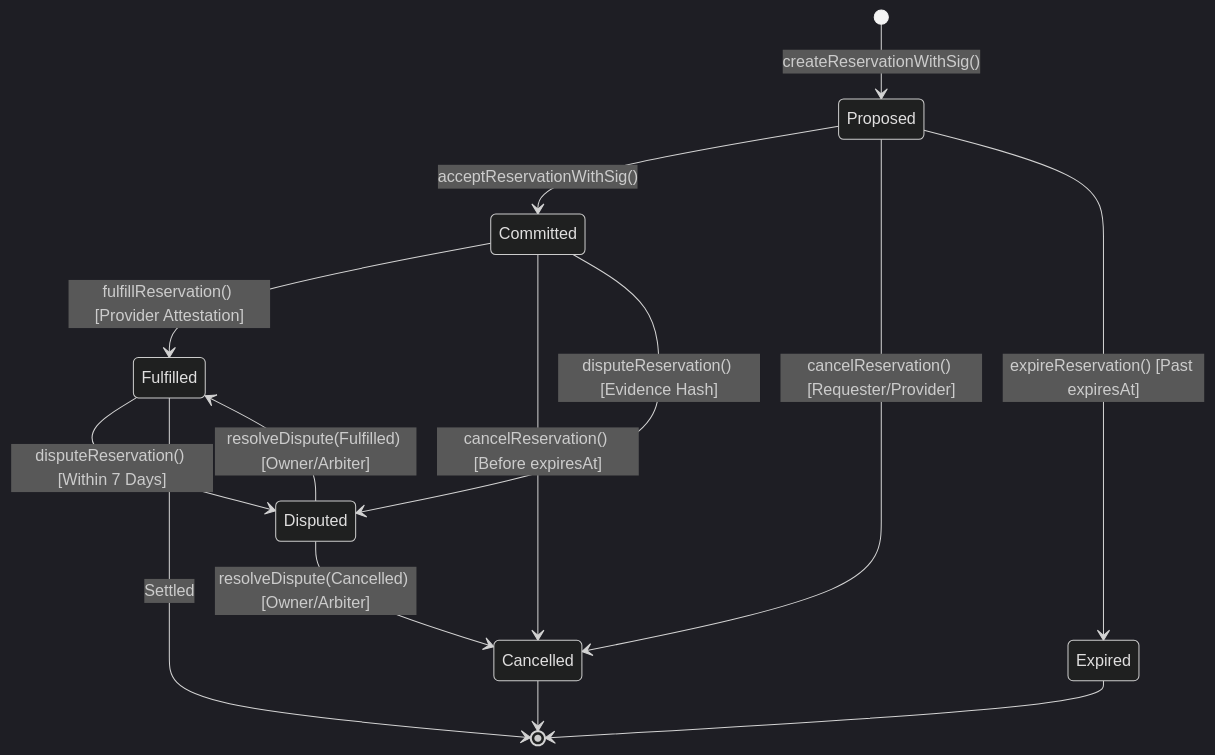
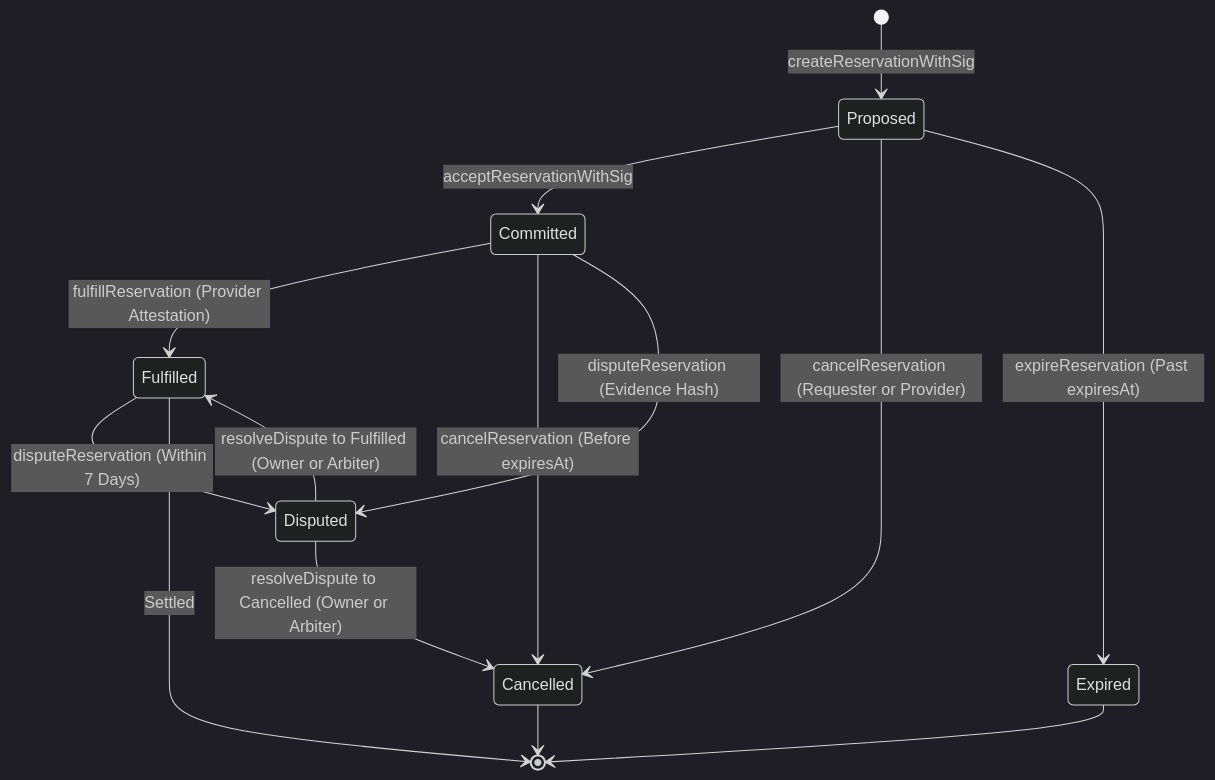
The third of 3 diagrams in README.md (omkar0075/blockchain), drawn with Mermaid (dark theme) before and after one commit. The commit also changed other lines of this file, not shown here.

Commit message:
fix(docs): quote edge labels and sanitize syntax in Mermaid diagrams for GitHub rendering

````diff
--- a/README.md
+++ b/README.md
@@ -202,20 +202,20 @@
 ```mermaid
 stateDiagram-v2
-    [*] --> Proposed: createReservationWithSig()
-    Proposed --> Committed: acceptReservationWithSig()
-    Proposed --> Cancelled: cancelReservation() [Requester/Provider]
-    Proposed --> Expired: expireReservation() [Past expiresAt]
+    [*] --> Proposed: createReservationWithSig
+    Proposed --> Committed: acceptReservationWithSig
+    Proposed --> Cancelled: cancelReservation (Requester or Provider)
+    Proposed --> Expired: expireReservation (Past expiresAt)
     
-    Committed --> Fulfilled: fulfillReservation() [Provider Attestation]
-    Committed --> Cancelled: cancelReservation() [Before expiresAt]
-    Committed --> Disputed: disputeReservation() [Evidence Hash]
+    Committed --> Fulfilled: fulfillReservation (Provider Attestation)
+    Committed --> Cancelled: cancelReservation (Before expiresAt)
+    Committed --> Disputed: disputeReservation (Evidence Hash)
     
-    Fulfilled --> Disputed: disputeReservation() [Within 7 Days]
+    Fulfilled --> Disputed: disputeReservation (Within 7 Days)
     Fulfilled --> [*]: Settled
     
-    Disputed --> Fulfilled: resolveDispute(Fulfilled) [Owner/Arbiter]
-    Disputed --> Cancelled: resolveDispute(Cancelled) [Owner/Arbiter]
+    Disputed --> Fulfilled: resolveDispute to Fulfilled (Owner or Arbiter)
+    Disputed --> Cancelled: resolveDispute to Cancelled (Owner or Arbiter)
     
     Cancelled --> [*]
     Expired --> [*]
 ```
````
